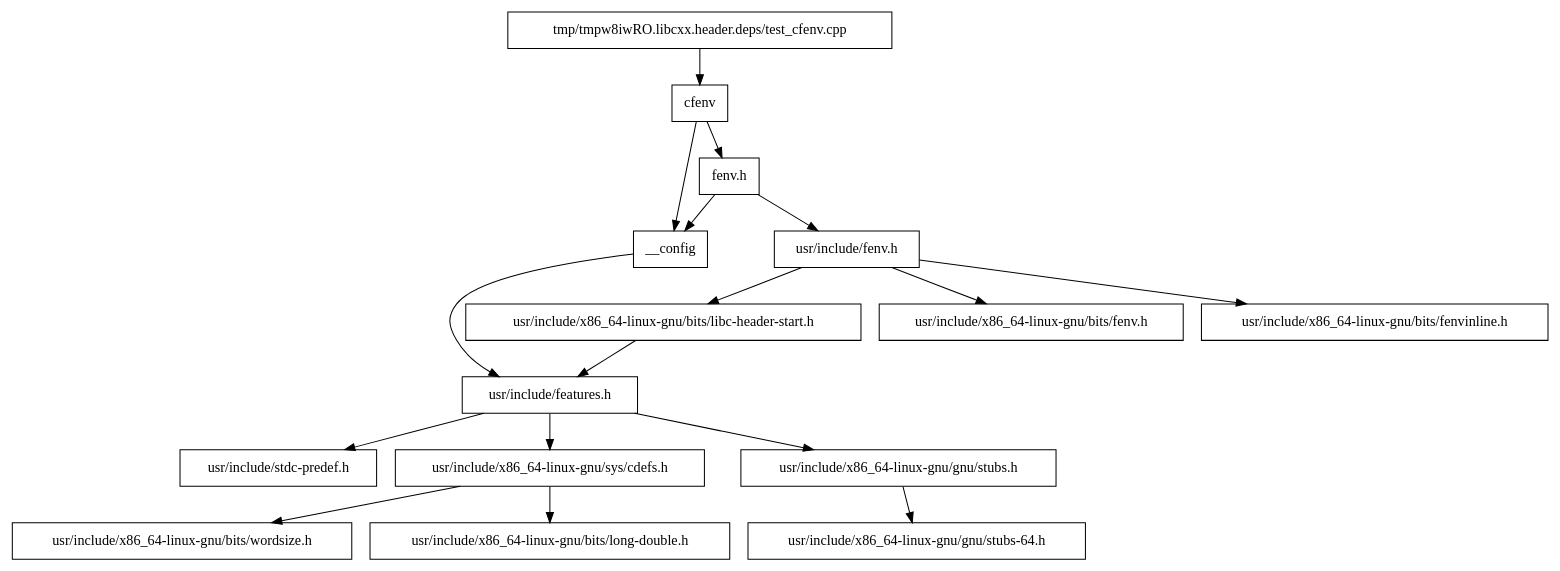
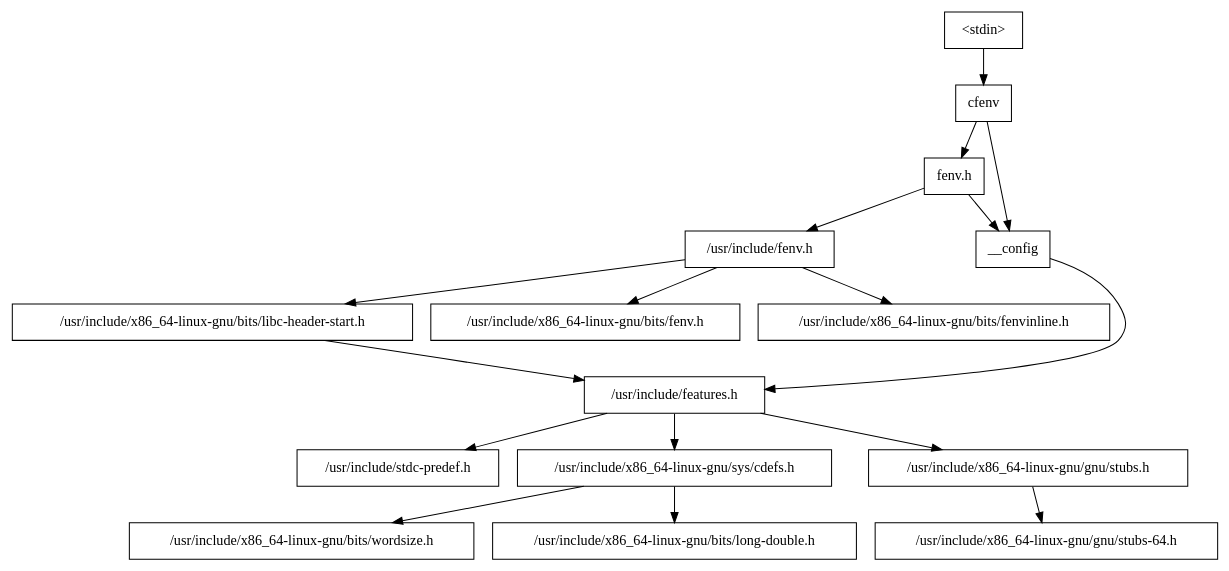
The diagram in header_deps/cfenv.dot (efcs/libcxx), drawn with Graphviz before and after one commit. The commit also changed 222 other files, not shown here.

```diff
--- a/header_deps/cfenv.dot
+++ b/header_deps/cfenv.dot
@@ -1,33 +1,33 @@
 digraph "dependencies" {
-  header_1 [ shape="box", label="cfenv"];
-  header_0 [ shape="box", label="tmp/tmpw8iwRO.libcxx.header.deps/test_cfenv.cpp"];
-  header_2 [ shape="box", label="__config"];
-  header_3 [ shape="box", label="usr/include/features.h"];
-  header_4 [ shape="box", label="usr/include/stdc-predef.h"];
-  header_5 [ shape="box", label="usr/include/x86_64-linux-gnu/sys/cdefs.h"];
-  header_6 [ shape="box", label="usr/include/x86_64-linux-gnu/bits/wordsize.h"];
-  header_7 [ shape="box", label="usr/include/x86_64-linux-gnu/bits/long-double.h"];
-  header_8 [ shape="box", label="usr/include/x86_64-linux-gnu/gnu/stubs.h"];
-  header_9 [ shape="box", label="usr/include/x86_64-linux-gnu/gnu/stubs-64.h"];
-  header_11 [ shape="box", label="fenv.h"];
-  header_12 [ shape="box", label="usr/include/fenv.h"];
-  header_13 [ shape="box", label="usr/include/x86_64-linux-gnu/bits/libc-header-start.h"];
-  header_14 [ shape="box", label="usr/include/x86_64-linux-gnu/bits/fenv.h"];
-  header_15 [ shape="box", label="usr/include/x86_64-linux-gnu/bits/fenvinline.h"];
+  header_0 [ shape="box", label="\<stdin\>" ];
+  header_1 [ shape="box", label="cfenv" ];
+  header_11 [ shape="box", label="fenv.h" ];
+  header_12 [ shape="box", label="/usr/include/fenv.h" ];
+  header_13 [ shape="box", label="/usr/include/x86_64-linux-gnu/bits/libc-header-start.h" ];
+  header_14 [ shape="box", label="/usr/include/x86_64-linux-gnu/bits/fenv.h" ];
+  header_15 [ shape="box", label="/usr/include/x86_64-linux-gnu/bits/fenvinline.h" ];
+  header_2 [ shape="box", label="__config" ];
+  header_3 [ shape="box", label="/usr/include/features.h" ];
+  header_4 [ shape="box", label="/usr/include/stdc-predef.h" ];
+  header_5 [ shape="box", label="/usr/include/x86_64-linux-gnu/sys/cdefs.h" ];
+  header_6 [ shape="box", label="/usr/include/x86_64-linux-gnu/bits/wordsize.h" ];
+  header_7 [ shape="box", label="/usr/include/x86_64-linux-gnu/bits/long-double.h" ];
+  header_8 [ shape="box", label="/usr/include/x86_64-linux-gnu/gnu/stubs.h" ];
+  header_9 [ shape="box", label="/usr/include/x86_64-linux-gnu/gnu/stubs-64.h" ];
+  header_11 -> header_2;
+  header_11 -> header_12;
+  header_12 -> header_14;
+  header_12 -> header_15;
+  header_12 -> header_13;
+  header_13 -> header_3;
+  header_5 -> header_6;
+  header_5 -> header_7;
   header_2 -> header_3;
-  header_0 -> header_1;
-  header_8 -> header_9;
   header_3 -> header_4;
   header_3 -> header_5;
   header_3 -> header_8;
+  header_0 -> header_1;
   header_1 -> header_2;
   header_1 -> header_11;
-  header_12 -> header_13;
-  header_12 -> header_14;
-  header_12 -> header_15;
-  header_11 -> header_2;
-  header_11 -> header_12;
-  header_5 -> header_6;
-  header_5 -> header_7;
-  header_13 -> header_3;
+  header_8 -> header_9;
 }
```
